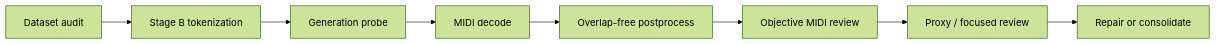
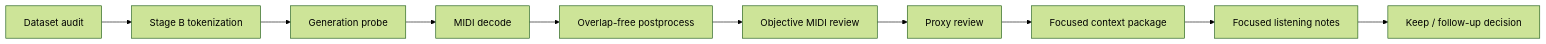
The diagram in README.md (ohhalim/fine_tuning_art-tatum_midi_solo), drawn with Mermaid (forest theme) before and after one commit. The commit also changed other lines of this file and 2 other files, not shown here.

````diff
--- a/README.md
+++ b/README.md
@@ -37,10 +39,12 @@
 ```mermaid
 flowchart LR
     A["Dataset audit"] --> B["Stage B tokenization"]
     B --> C["Generation probe"]
     C --> D["MIDI decode"]
     D --> E["Overlap-free postprocess"]
     E --> F["Objective MIDI review"]
-    F --> G["Proxy / focused review"]
-    G --> H["Repair or consolidate"]
+    F --> G["Proxy review"]
+    G --> H["Focused context package"]
+    H --> I["Focused listening notes"]
+    I --> J["Keep / follow-up decision"]
 ```
````
